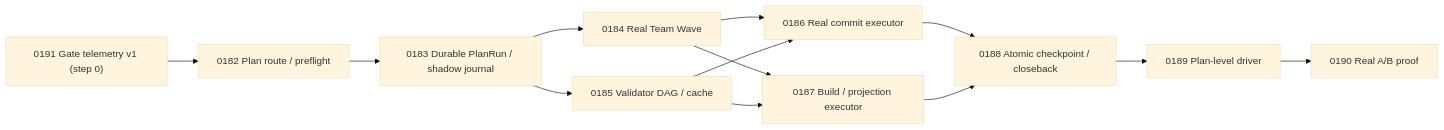
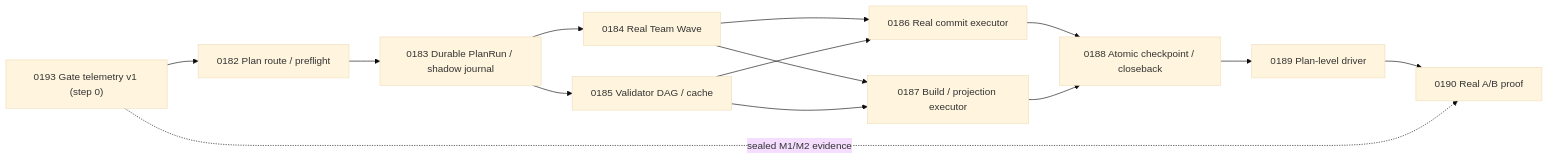
The diagram in docs/ai_atomic_framework/governance-optimization/end-to-end-auto-batch-performance-plan-v2.md (eaglhuang/3klife), drawn with Mermaid (base theme) before and after one commit. The commit also changed other lines of this file and 16 other files, not shown here.

Commit message:
docs(atm): integrate telemetry-first batch plan v2

````diff
--- a/docs/ai_atomic_framework/governance-optimization/end-to-end-auto-batch-performance-plan-v2.md
+++ b/docs/ai_atomic_framework/governance-optimization/end-to-end-auto-batch-performance-plan-v2.md
@@ -407,15 +428,16 @@
 ```mermaid
 flowchart LR
-  Z["0191 Gate telemetry v1 (step 0)"] --> A["0182 Plan route / preflight"]
+  Z["0193 Gate telemetry v1 (step 0)"] --> A["0182 Plan route / preflight"]
   A --> B["0183 Durable PlanRun / shadow journal"]
   B --> C["0184 Real Team Wave"]
   B --> D["0185 Validator DAG / cache"]
   C --> E["0186 Real commit executor"]
   D --> E
   C --> F["0187 Build / projection executor"]
   D --> F
   E --> G["0188 Atomic checkpoint / closeback"]
   F --> G
   G --> H["0189 Plan-level driver"]
   H --> I["0190 Real A/B proof"]
+  Z -. "sealed M1/M2 evidence" .-> I
 ```
````
